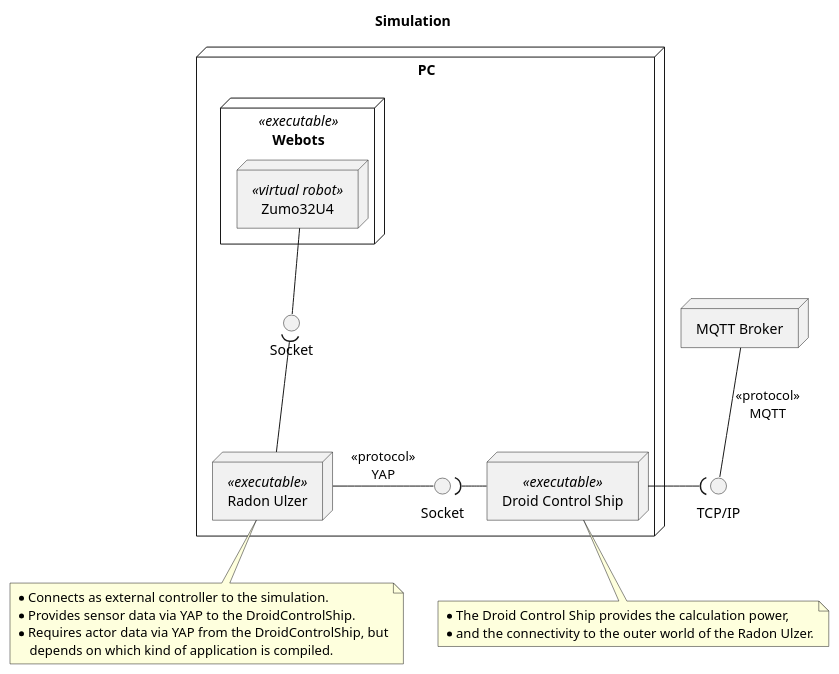
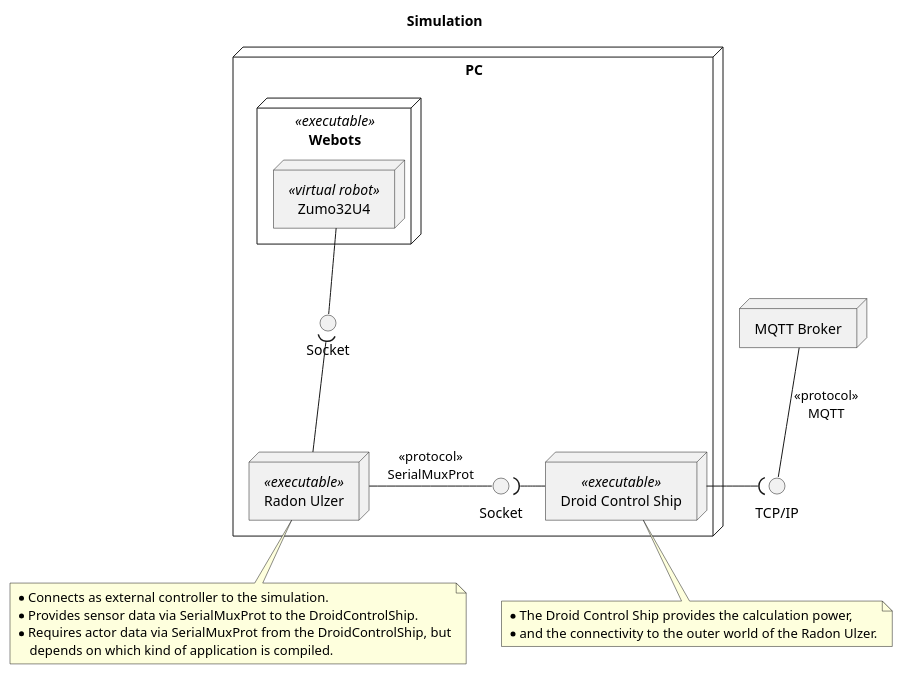
Before and after one commit to BlueAndi/DroidControlShip: the diagram in doc/architecture/uml/PhysicalView/SimulationDeployment.plantuml, drawn with PlantUML. The commit also changed 1 other file, not shown here.

Commit message:
"YAP" replaced with "SerialMuxProt".

```diff
--- a/doc/architecture/uml/PhysicalView/SimulationDeployment.plantuml
+++ b/doc/architecture/uml/PhysicalView/SimulationDeployment.plantuml
@@ -1,45 +1,45 @@
 @startuml
 
 title Simulation
 
 node "PC" as pc {
 
     node "Webots" <<executable>> as webots {
 
         node "Zumo32U4" <<virtual robot>> as robot
     }
 
     node "Radon Ulzer" <<executable>> as ru
     node "Droid Control Ship" <<executable>> as dcs
 
     interface "Socket" as iRobotSocket
     interface "Socket" as iRuSocket
 }
 
 node "MQTT Broker" as broker {
 }
 
 robot -- iRobotSocket
 iRobotSocket )-- ru
 
-ru - iRuSocket: <<protocol>>\nYAP
+ru - iRuSocket: <<protocol>>\nSerialMuxProt
 iRuSocket )- dcs
 
 note bottom of ru
     * Connects as external controller to the simulation.
-    * Provides sensor data via YAP to the DroidControlShip.
-    * Requires actor data via YAP from the DroidControlShip, but
+    * Provides sensor data via SerialMuxProt to the DroidControlShip.
+    * Requires actor data via SerialMuxProt from the DroidControlShip, but
         depends on which kind of application is compiled.
 end note
 
 note bottom of dcs
     * The Droid Control Ship provides the calculation power,
     * and the connectivity to the outer world of the Radon Ulzer.
 end note
 
 interface "TCP/IP" as iNetwork
 
 broker -- iNetwork: <<protocol>>\nMQTT
 iNetwork )- dcs
 
 @enduml
```
